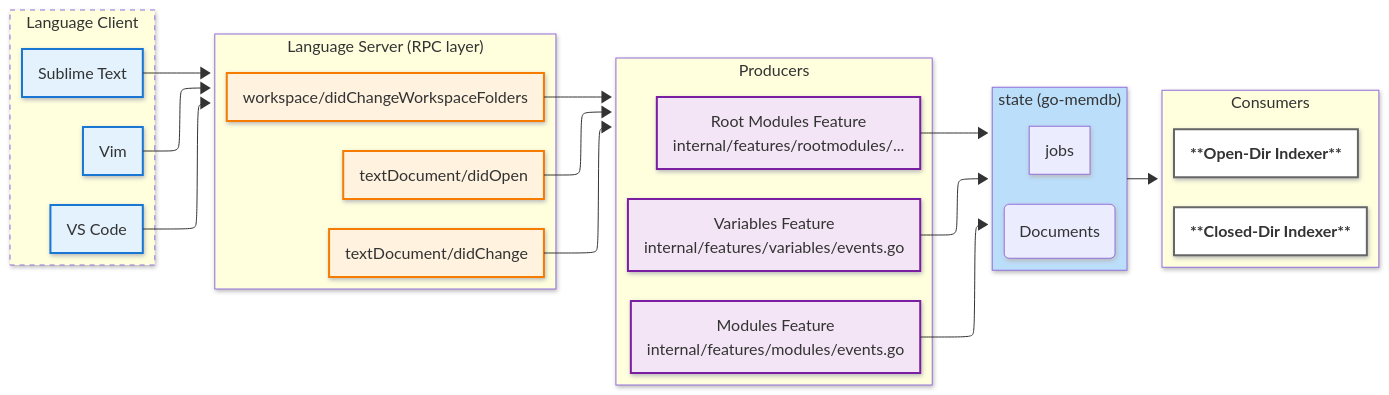
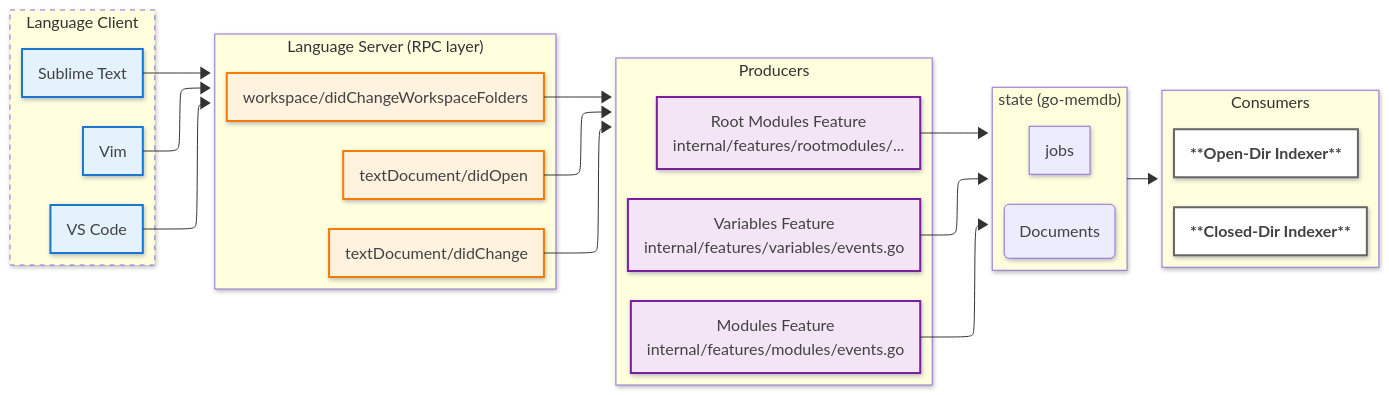
One commit to opentofu/tofu-ls changed the fourth of 6 diagrams in docs/architecture.md. Above: the diagram before and after it, drawn with Mermaid.

Commit message:
Architecture.md job scheduler colors

````diff
--- a/docs/architecture.md
+++ b/docs/architecture.md
@@ -213,67 +213,80 @@
 ```mermaid
 ---
 config:
   theme: mc
   look: neo
   layout: elk
 ---
 flowchart LR
  subgraph LC["Language Client"]
     direction LR
         VSCode["VS Code"]
         Sublime["Sublime Text"]
         Vim["Vim"]
   end
  subgraph LS["Language Server (RPC layer)"]
     direction TB
         WS["workspace/didChangeWorkspaceFolders"]
         TDO["textDocument/didOpen"]
         TDC["textDocument/didChange"]
   end
  subgraph P["Producers"]
     direction LR
         MF["Modules Feature<br>internal/features/modules/events.go"]
         VF["Variables Feature<br>internal/features/variables/events.go"]
         RF["Root Modules Feature<br>internal/features/rootmodules/..."]
   end
  subgraph C["Consumers"]
     direction LR
         CDI["**Closed-Dir Indexer**"]
         ODI["**Open-Dir Indexer**"]
   end
  subgraph state["state (go-memdb)"]
     direction LR
         JOBS["jobs"]
         DOCUMENTS("Documents")
   end
     WS --> P
     TDO --> P
     TDC --> P
     MF --> state
     VF --> state
     RF --> state
     Sublime --> LS
     Vim --> LS
     VSCode --> LS
     state --> C
      VSCode:::client
      Sublime:::client
      Vim:::client
      WS:::server
      TDO:::server
      TDC:::server
      MF:::producer
      VF:::producer
      RF:::producer
      CDI:::indexer
      ODI:::indexer
      LC:::dashed
     classDef client fill:#e3f2fd,stroke:#1976d2,stroke-width:2px
     classDef server fill:#fff3e0,stroke:#f57c00,stroke-width:2px
     classDef producer fill:#f3e5f5,stroke:#7b1fa2,stroke-width:2px
     classDef consumer fill:#e8f5e8,stroke:#388e3c,stroke-width:2px
     classDef state fill:#5c6bc0,color:#ffffff,stroke:#3f51b5,stroke-width:2px
     classDef indexer fill:#ffffff,stroke:#666,stroke-width:2px,font-weight:bold
     classDef dashed stroke-dasharray: 5 5
-    style state fill:#BBDEFB
+    style VSCode color:#424242
+    style Sublime color:#424242
+    style Vim color:#424242
+    style WS color:#424242
+    style TDO color:#424242
+    style TDC color:#424242
+    style MF color:#424242
+    style VF color:#424242
+    style RF color:#424242
+    style CDI color:#424242
+    style ODI color:#424242
+    style JOBS color:#424242
+    style DOCUMENTS color:#424242
+    style state color:#424242
 ```
````
